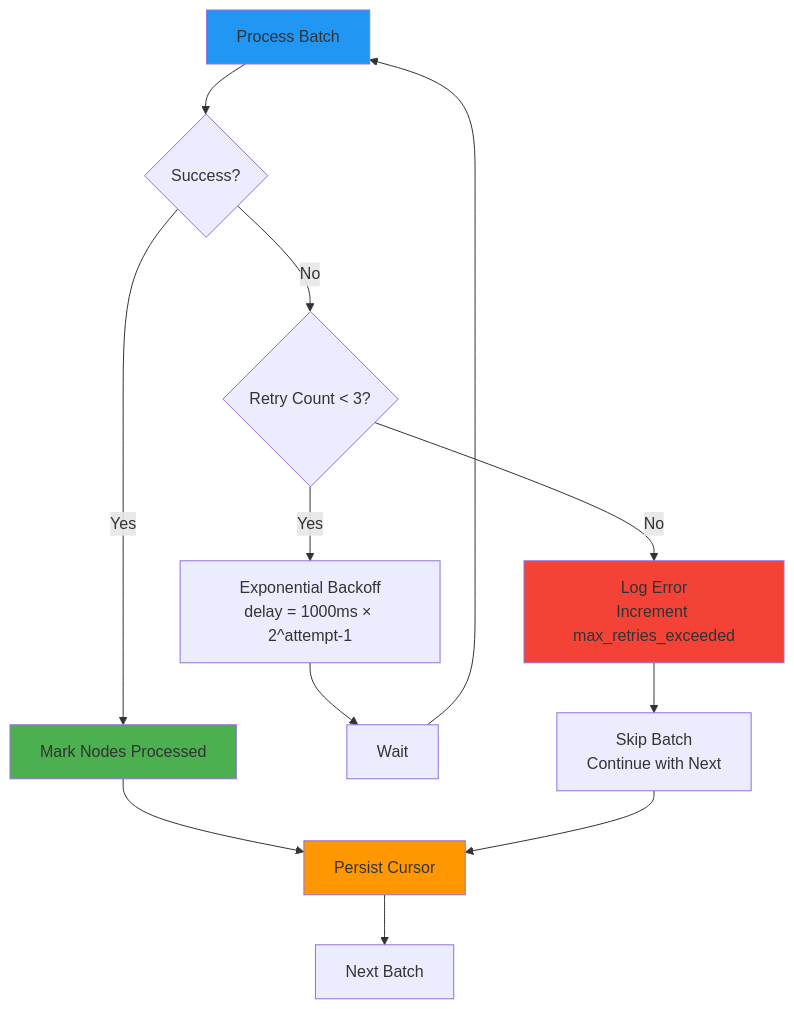
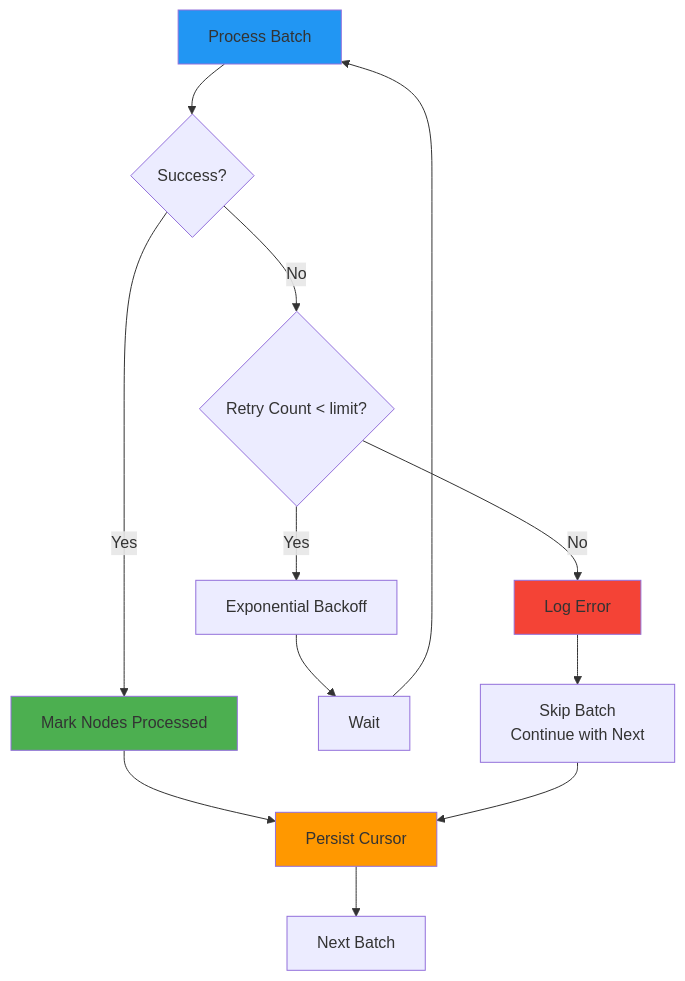
Before and after one commit to kagit00/schedule_x: diagram 23 of 25 in docs/Low Level Designs/ScheduledPotentialMatchesCreation.md, drawn with Mermaid. The commit also changed other lines of this file and 7 other files, not shown here.

````diff
--- a/docs/Low Level Designs/ScheduledPotentialMatchesCreation.md
+++ b/docs/Low Level Designs/ScheduledPotentialMatchesCreation.md
@@ -1483,22 +969,22 @@
 ```mermaid
 flowchart TD
     A[Process Batch] --> B{Success?}
     B -->|Yes| C[Mark Nodes Processed]
-    B -->|No| D{Retry Count < 3?}
-    
-    D -->|Yes| E[Exponential Backoff<br/>delay = 1000ms × 2^attempt-1]
+    B -->|No| D{Retry Count < limit?}
+   
+    D -->|Yes| E[Exponential Backoff]
     E --> F[Wait]
     F --> A
-    
-    D -->|No| G[Log Error<br/>Increment max_retries_exceeded]
+   
+    D -->|No| G[Log Error]
     G --> H[Skip Batch<br/>Continue with Next]
-    
+   
     C --> I[Persist Cursor]
     H --> I
     I --> J[Next Batch]
-    
+   
     style A fill:#2196F3
     style C fill:#4CAF50
     style G fill:#F44336
     style I fill:#FF9800
 ```
````
